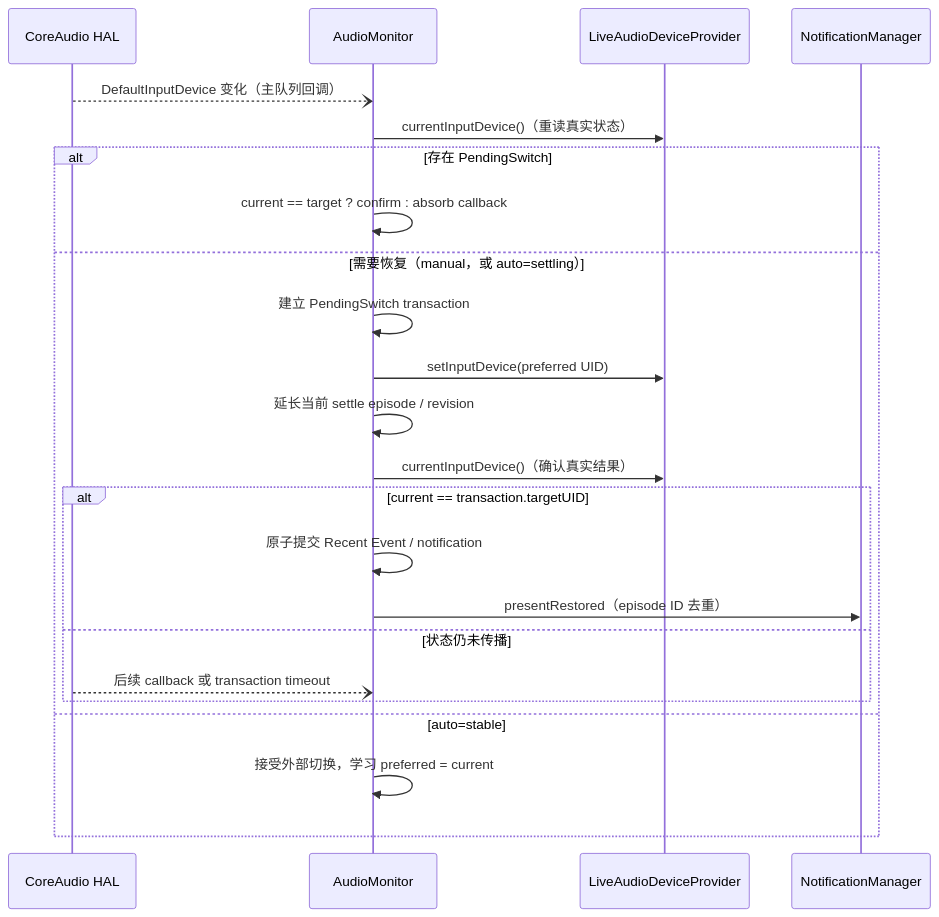
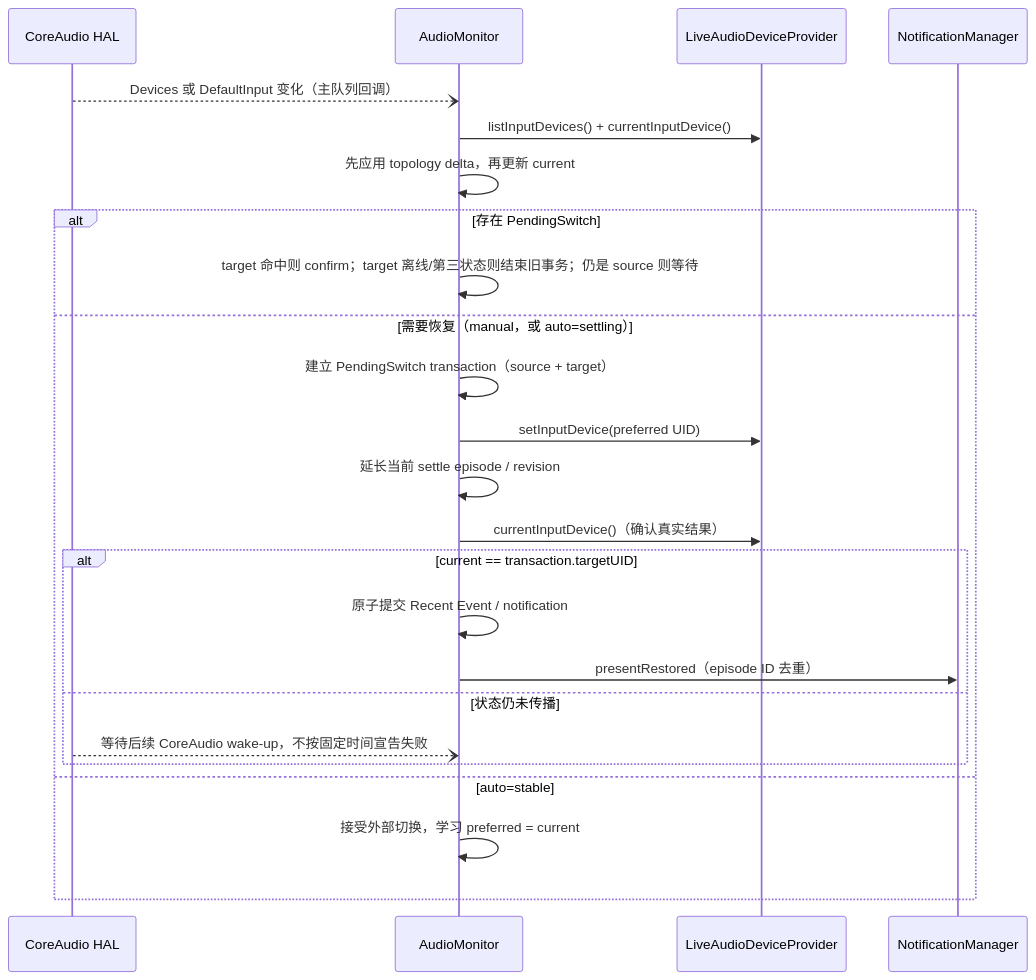
One commit to Forgo7ten/MicLock changed the second of 2 diagrams in docs/architecture.md. Above: the diagram before and after it, drawn with Mermaid. The commit also changed other lines of this file and 3 other files, not shown here.

Commit message:
refactor(audio): make switch confirmation evidence driven

````diff
--- a/docs/architecture.md
+++ b/docs/architecture.md
@@ -95,26 +95,27 @@
 ```mermaid
 sequenceDiagram
     participant HAL as CoreAudio HAL
     participant AM as AudioMonitor
     participant P as LiveAudioDeviceProvider
     participant N as NotificationManager
 
-    HAL--)AM: DefaultInputDevice 变化（主队列回调）
-    AM->>P: currentInputDevice()（重读真实状态）
+    HAL--)AM: Devices 或 DefaultInput 变化（主队列回调）
+    AM->>P: listInputDevices() + currentInputDevice()
+    AM->>AM: 先应用 topology delta，再更新 current
     alt 存在 PendingSwitch
-        AM->>AM: current == target ? confirm : absorb callback
+        AM->>AM: target 命中则 confirm；target 离线/第三状态则结束旧事务；仍是 source 则等待
     else 需要恢复（manual，或 auto=settling）
-        AM->>AM: 建立 PendingSwitch transaction
+        AM->>AM: 建立 PendingSwitch transaction（source + target）
         AM->>P: setInputDevice(preferred UID)
         AM->>AM: 延长当前 settle episode / revision
         AM->>P: currentInputDevice()（确认真实结果）
         alt current == transaction.targetUID
             AM->>AM: 原子提交 Recent Event / notification
             AM->>N: presentRestored（episode ID 去重）
         else 状态仍未传播
-            HAL--)AM: 后续 callback 或 transaction timeout
+            HAL--)AM: 等待后续 CoreAudio wake-up，不按固定时间宣告失败
         end
     else auto=stable
         AM->>AM: 接受外部切换，学习 preferred = current
     end
 ```
````
